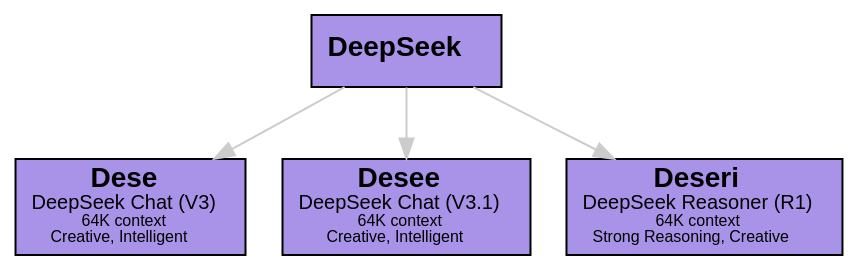
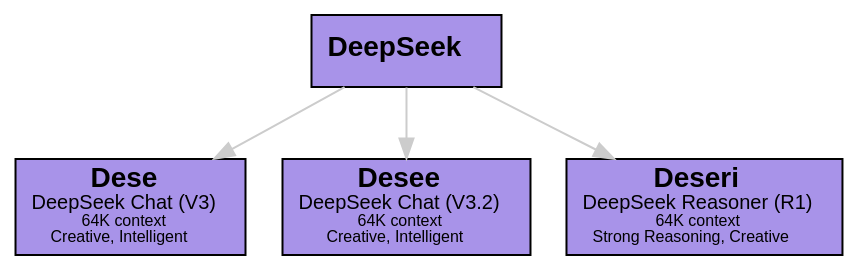
The ninth of 14 diagrams in doc/guide.md (sswam/allemande), drawn with Graphviz before and after one commit. The commit also changed other lines of this file and 2 other files, not shown here.

First line of the commit message:
docs(llms): update DeepSeek Chat model references to V3.2

````diff
--- a/doc/guide.md
+++ b/doc/guide.md
@@ -588,16 +588,16 @@
 ```dot
 digraph DeepSeek {
     graph [bgcolor=transparent]
     edge [color="#CCCCCC"]
     node [shape=box, style=filled, fillcolor="#A893E9", fontname="Helvetica"]
 
     "DeepSeek" [label=<<b>DeepSeek</b>>]
     "Dese" [label=<<b>Dese</b><br/><font point-size="10">DeepSeek Chat (V3)</font><br/><font point-size="8">64K context</font><br/><font point-size="8">Creative, Intelligent</font>>]
-    "Desee" [label=<<b>Desee</b><br/><font point-size="10">DeepSeek Chat (V3.1)</font><br/><font point-size="8">64K context</font><br/><font point-size="8">Creative, Intelligent</font>>]
+    "Desee" [label=<<b>Desee</b><br/><font point-size="10">DeepSeek Chat (V3.2)</font><br/><font point-size="8">64K context</font><br/><font point-size="8">Creative, Intelligent</font>>]
     "Deseri" [label=<<b>Deseri</b><br/><font point-size="10">DeepSeek Reasoner (R1)</font><br/><font point-size="8">64K context</font><br/><font point-size="8">Strong Reasoning, Creative</font>>]
 
     "DeepSeek" -> "Dese"
     "DeepSeek" -> "Desee"
     "DeepSeek" -> "Deseri"
 }
 ```
````
